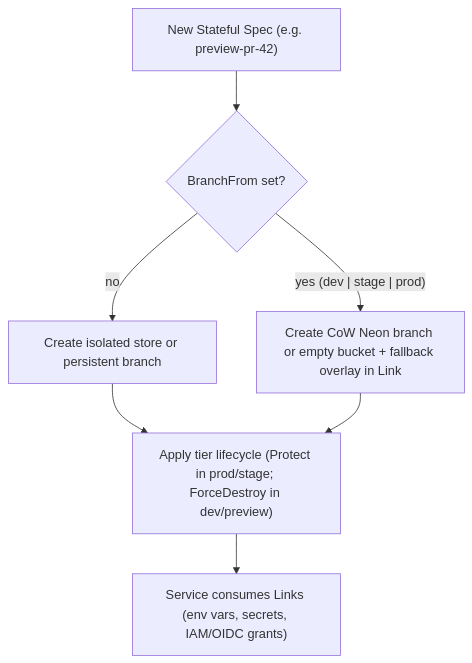
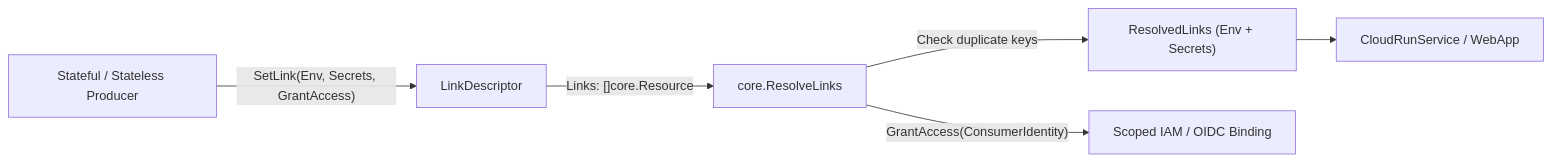
One commit to cloudvoyant/openbase changed the second of 2 diagrams in docs/architecture/resources.md. Above: the diagram before and after it, drawn with Mermaid. The commit also changed other lines of this file and 55 other files, not shown here.

Commit message:
refactor(components,docs): enforce Platform/Project/Environment interfaces and per-component architecture docs

````diff
--- a/docs/architecture/resources.md
+++ b/docs/architecture/resources.md
@@ -55,9 +64,8 @@
 ```mermaid
-flowchart TD
-  NewEnv["New Stateful Spec (e.g. preview-pr-42)"] --> CheckBranch{"BranchFrom set?"}
-  CheckBranch -->|"no"| CreateIsolated["Create isolated store or persistent branch"]
-  CheckBranch -->|"yes (dev | stage | prod)"| Branch["Create CoW Neon branch or empty bucket + fallback overlay in Link"]
-  CreateIsolated --> Lifecycle["Apply tier lifecycle (Protect in prod/stage; ForceDestroy in dev/preview)"]
-  Branch --> Lifecycle
-  Lifecycle --> Bind["Service consumes Links (env vars, secrets, IAM/OIDC grants)"]
+flowchart LR
+    Producer["Stateful / Stateless Producer"] -->|"SetLink(Env, Secrets, GrantAccess)"| Link["LinkDescriptor"]
+    Link -->|"Links: []core.Resource"| Resolver["core.ResolveLinks"]
+    Resolver -->|"Check duplicate keys"| Merged["ResolvedLinks (Env + Secrets)"]
+    Resolver -->|"GrantAccess(ConsumerIdentity)"| IAM["Scoped IAM / OIDC Binding"]
+    Merged --> Workload["CloudRunService / WebApp"]
 ```
````
